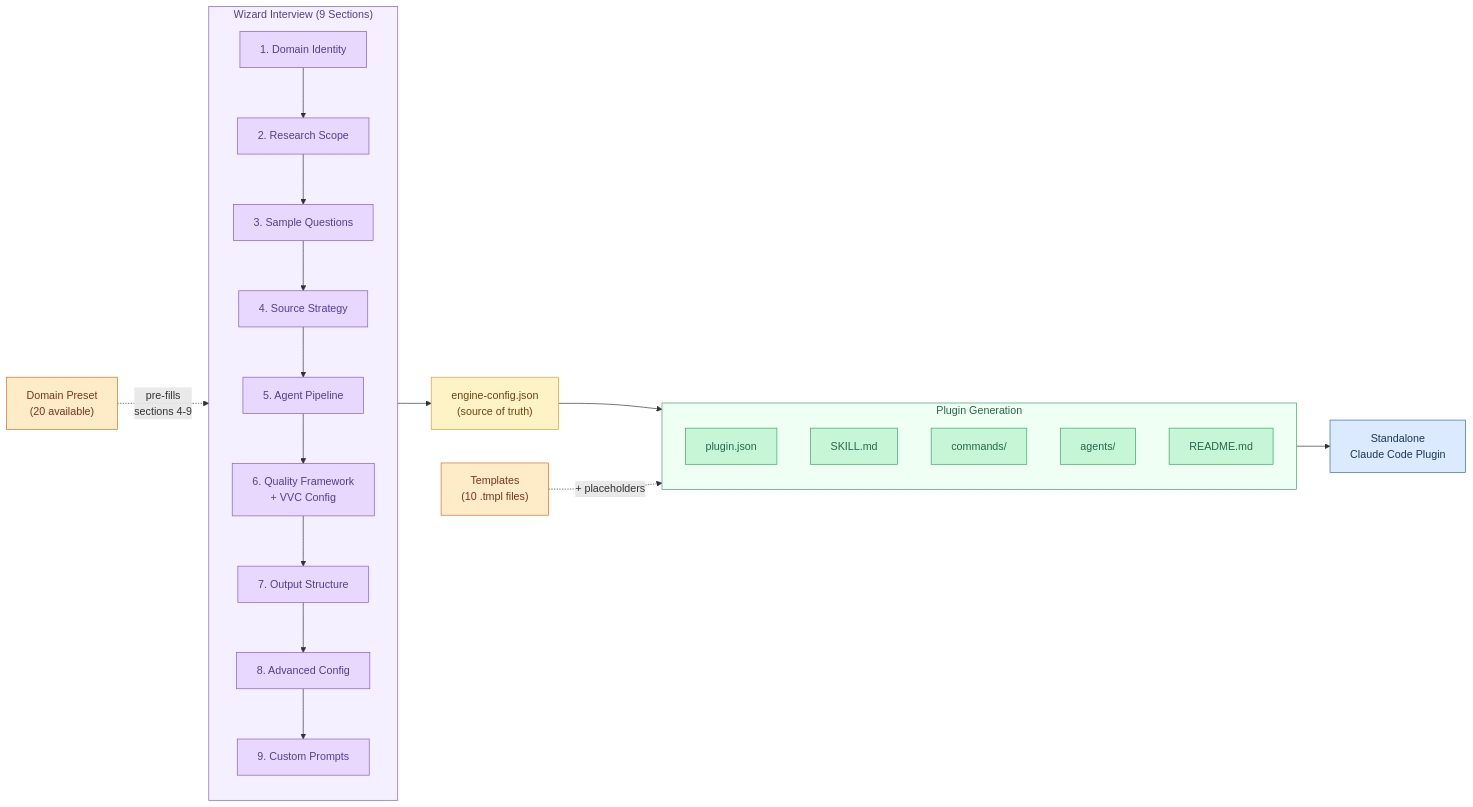
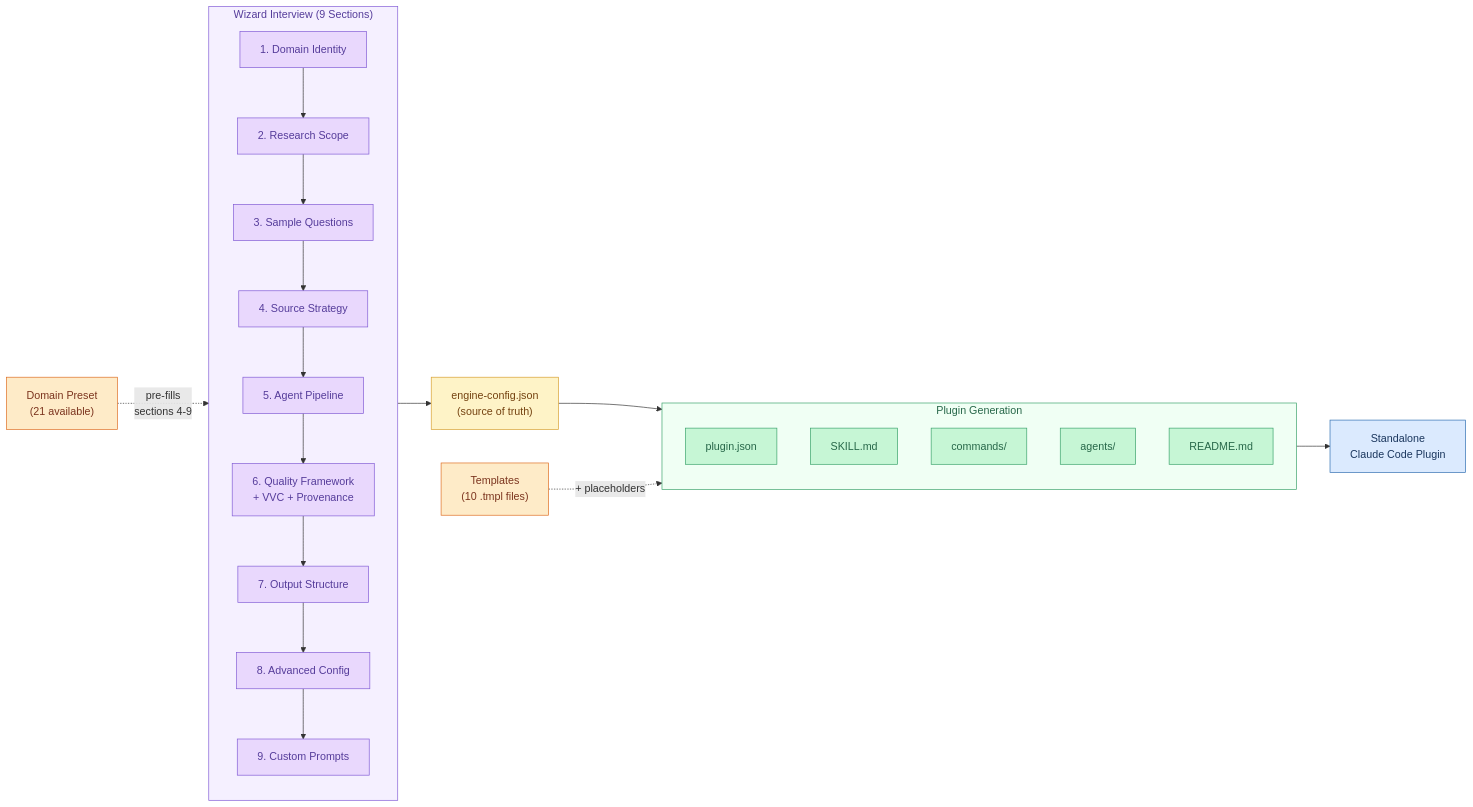
The first of 2 diagrams in README.md (reggiechan74/deep-research-engine-creator), drawn with Mermaid before and after one commit. The commit also changed other lines of this file and 11 other files, not shown here.

````diff
--- a/README.md
+++ b/README.md
@@ -294,52 +297,52 @@
 ```mermaid
 flowchart LR
     subgraph WIZARD["Wizard Interview (9 Sections)"]
         direction TB
         S1["1. Domain Identity"]
         S2["2. Research Scope"]
         S3["3. Sample Questions"]
         S4["4. Source Strategy"]
         S5["5. Agent Pipeline"]
-        S6["6. Quality Framework<br/>+ VVC Config"]
+        S6["6. Quality Framework<br/>+ VVC + Provenance"]
         S7["7. Output Structure"]
         S8["8. Advanced Config"]
         S9["9. Custom Prompts"]
         S1 --> S2 --> S3 --> S4 --> S5 --> S6 --> S7 --> S8 --> S9
     end
 
-    PRESET["Domain Preset<br/>(20 available)"]
+    PRESET["Domain Preset<br/>(21 available)"]
     CONFIG["engine-config.json<br/>(source of truth)"]
 
     subgraph GEN["Plugin Generation"]
         direction TB
         G1["plugin.json"]
         G2["SKILL.md"]
         G3["commands/"]
         G4["agents/"]
         G5["README.md"]
     end
 
     TEMPLATES["Templates<br/>(10 .tmpl files)"]
     ENGINE["Standalone<br/>Claude Code Plugin"]
 
     PRESET -.->|"pre-fills<br/>sections 4-9"| WIZARD
     WIZARD --> CONFIG
     CONFIG --> GEN
     TEMPLATES -.->|"+ placeholders"| GEN
     GEN --> ENGINE
 
     classDef wizard fill:#e9d8fd,stroke:#805ad5,color:#553c9a
     classDef config fill:#fef3c7,stroke:#d69e2e,color:#744210
     classDef gen fill:#c6f6d5,stroke:#38a169,color:#276749
     classDef output fill:#dbeafe,stroke:#2b6cb0,color:#1a365d
     classDef preset fill:#feebc8,stroke:#dd6b20,color:#7b341e
 
     class S1,S2,S3,S4,S5,S6,S7,S8,S9 wizard
     class CONFIG config
     class G1,G2,G3,G4,G5 gen
     class ENGINE output
     class PRESET,TEMPLATES preset
 
     style WIZARD fill:#f5f0ff,stroke:#805ad5,color:#553c9a
     style GEN fill:#f0fff4,stroke:#38a169,color:#276749
 ```
````
